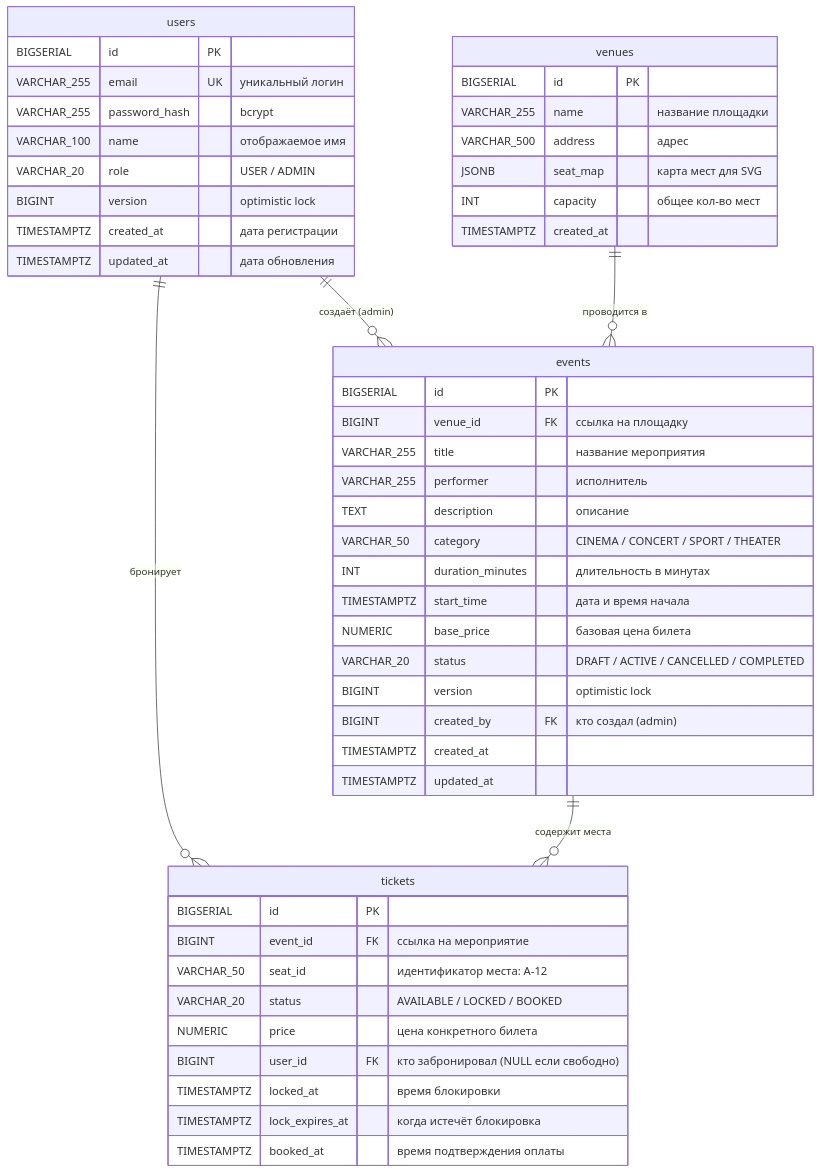
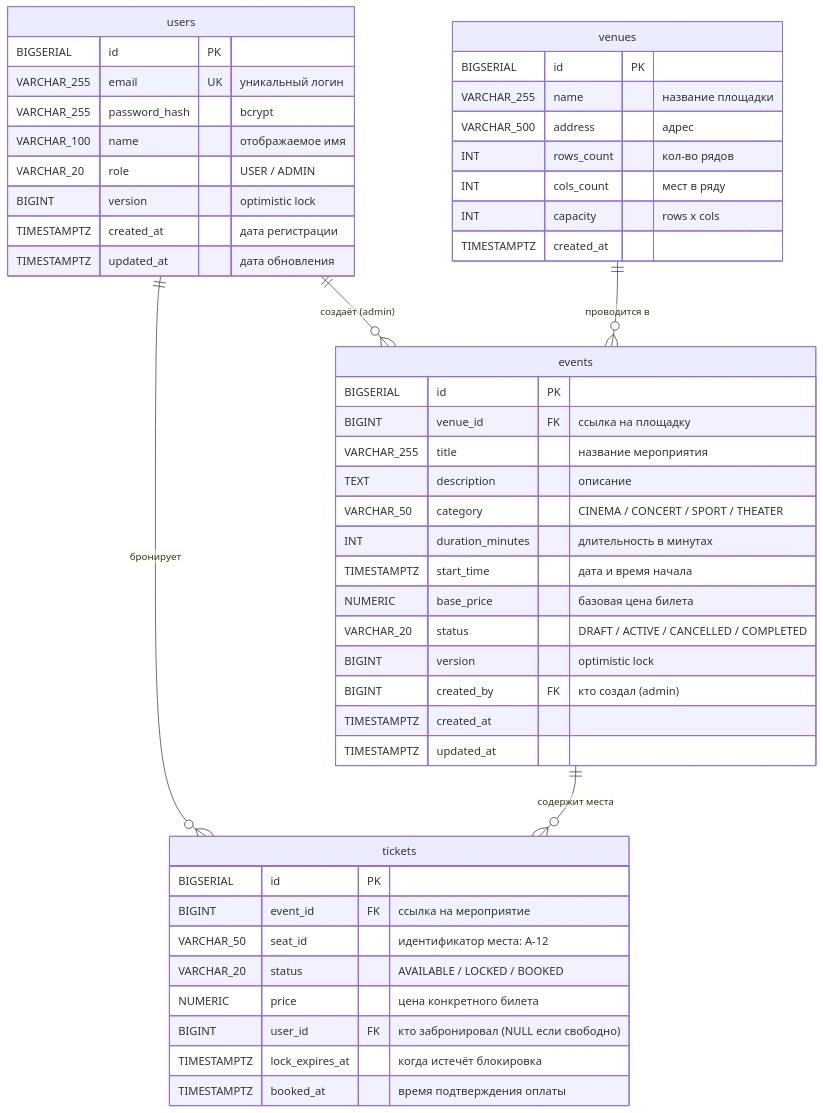
Before and after one commit to TicketRace/T-RESERVE-ENGINE: the first of 2 diagrams in DB.md, drawn with Mermaid. The commit also changed other lines of this file, not shown here.

Commit message:
docs: update database schema documentation

````diff
--- a/DB.md
+++ b/DB.md
@@ -11,56 +10,55 @@
 ```mermaid
 erDiagram
     users ||--o{ tickets : "бронирует"
     users ||--o{ events : "создаёт (admin)"
     venues ||--o{ events : "проводится в"
     events ||--o{ tickets : "содержит места"
 
     users {
         BIGSERIAL id PK
         VARCHAR_255 email UK "уникальный логин"
         VARCHAR_255 password_hash "bcrypt"
         VARCHAR_100 name "отображаемое имя"
         VARCHAR_20 role "USER / ADMIN"
         BIGINT version "optimistic lock"
         TIMESTAMPTZ created_at "дата регистрации"
         TIMESTAMPTZ updated_at "дата обновления"
     }
 
     venues {
         BIGSERIAL id PK
         VARCHAR_255 name "название площадки"
         VARCHAR_500 address "адрес"
-        JSONB seat_map "карта мест для SVG"
-        INT capacity "общее кол-во мест"
+        INT rows_count "кол-во рядов"
+        INT cols_count "мест в ряду"
+        INT capacity "rows x cols"
         TIMESTAMPTZ created_at
     }
 
     events {
         BIGSERIAL id PK
         BIGINT venue_id FK "ссылка на площадку"
         VARCHAR_255 title "название мероприятия"
-        VARCHAR_255 performer "исполнитель"
         TEXT description "описание"
         VARCHAR_50 category "CINEMA / CONCERT / SPORT / THEATER"
         INT duration_minutes "длительность в минутах"
         TIMESTAMPTZ start_time "дата и время начала"
         NUMERIC base_price "базовая цена билета"
         VARCHAR_20 status "DRAFT / ACTIVE / CANCELLED / COMPLETED"
         BIGINT version "optimistic lock"
         BIGINT created_by FK "кто создал (admin)"
         TIMESTAMPTZ created_at
         TIMESTAMPTZ updated_at
     }
 
     tickets {
         BIGSERIAL id PK
         BIGINT event_id FK "ссылка на мероприятие"
         VARCHAR_50 seat_id "идентификатор места: A-12"
         VARCHAR_20 status "AVAILABLE / LOCKED / BOOKED"
         NUMERIC price "цена конкретного билета"
         BIGINT user_id FK "кто забронировал (NULL если свободно)"
-        TIMESTAMPTZ locked_at "время блокировки"
         TIMESTAMPTZ lock_expires_at "когда истечёт блокировка"
         TIMESTAMPTZ booked_at "время подтверждения оплаты"
     }
 ```
````
